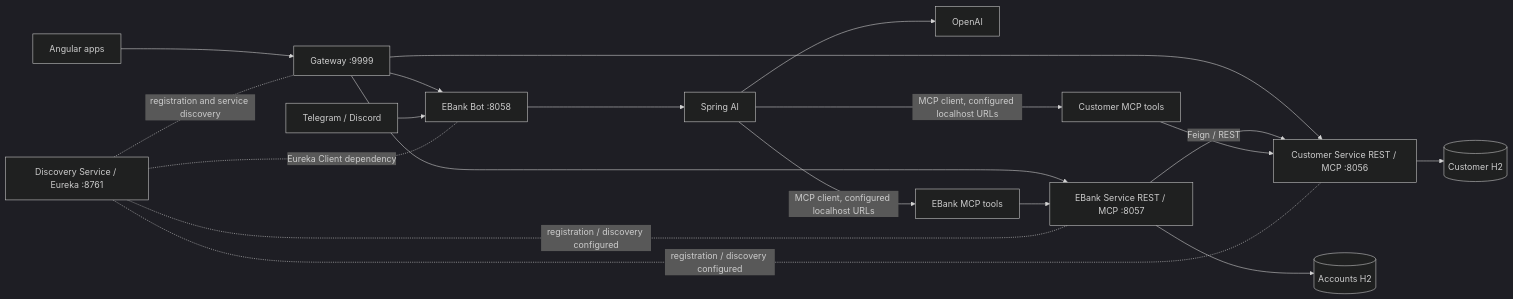
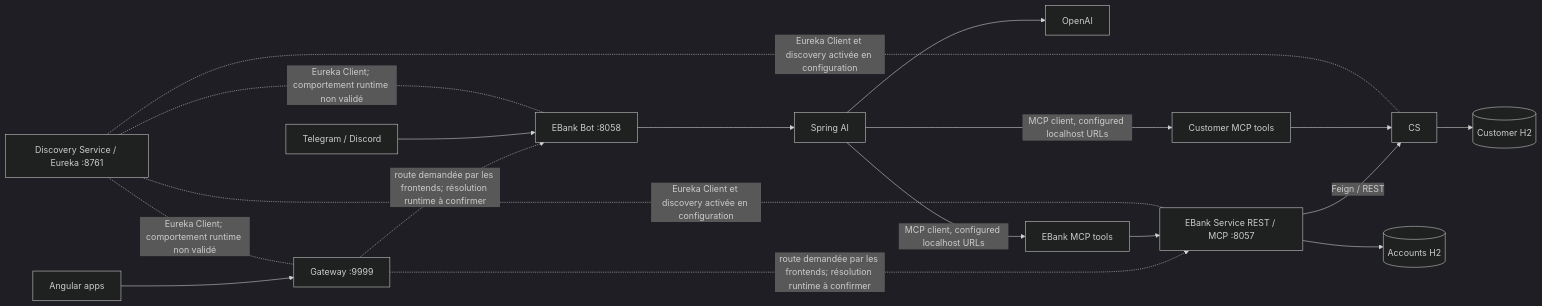
Before and after one commit to anisboulila/total-micro-services-spring-ai-mcp-angular: the diagram in openspec/changes/project-foundation-architecture-baseline/design.md, drawn with Mermaid (dark theme). The commit also changed other lines of this file and 7 other files, not shown here.

````diff
--- a/openspec/changes/project-foundation-architecture-baseline/design.md
+++ b/openspec/changes/project-foundation-architecture-baseline/design.md
@@ -20,22 +41,21 @@
 ```mermaid
 flowchart LR
   FE[Angular apps] --> GW[Gateway :9999]
-  GW --> CS[Customer Service REST / MCP :8056]
-  GW --> ES[EBank Service REST / MCP :8057]
-  GW --> BOT[EBank Bot :8058]
+  GW -. "route demandée par les frontends; résolution runtime à confirmer" .-> ES[EBank Service REST / MCP :8057]
+  GW -. "route demandée par les frontends; résolution runtime à confirmer" .-> BOT[EBank Bot :8058]
   CS --> CDB[(Customer H2)]
   ES --> EDB[(Accounts H2)]
   ES -->|Feign / REST| CS
   TG[Telegram / Discord] --> BOT
   BOT --> AI[Spring AI]
   AI --> LLM[OpenAI]
   AI -->|MCP client, configured localhost URLs| CSMCP[Customer MCP tools]
   AI -->|MCP client, configured localhost URLs| ESMCP[EBank MCP tools]
   CSMCP --> CS
   ESMCP --> ES
   EUREKA[Discovery Service / Eureka :8761]
-  EUREKA -. registration and service discovery .- GW
-  EUREKA -. registration / discovery configured .- CS
-  EUREKA -. registration / discovery configured .- ES
-  EUREKA -. Eureka Client dependency .- BOT
+  EUREKA -. "Eureka Client; comportement runtime non validé" .- GW
+  EUREKA -. "Eureka Client et discovery activée en configuration" .- CS
+  EUREKA -. "Eureka Client et discovery activée en configuration" .- ES
+  EUREKA -. "Eureka Client; comportement runtime non validé" .- BOT
 ```
````
